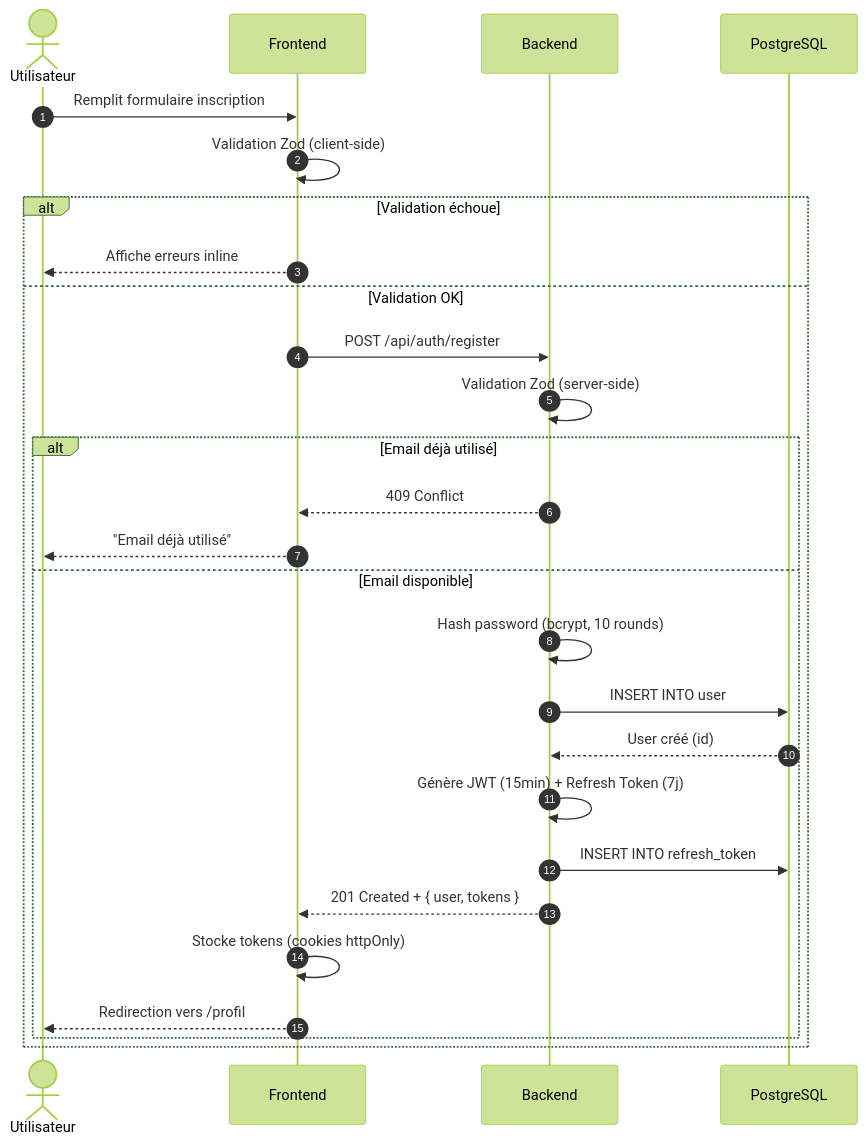
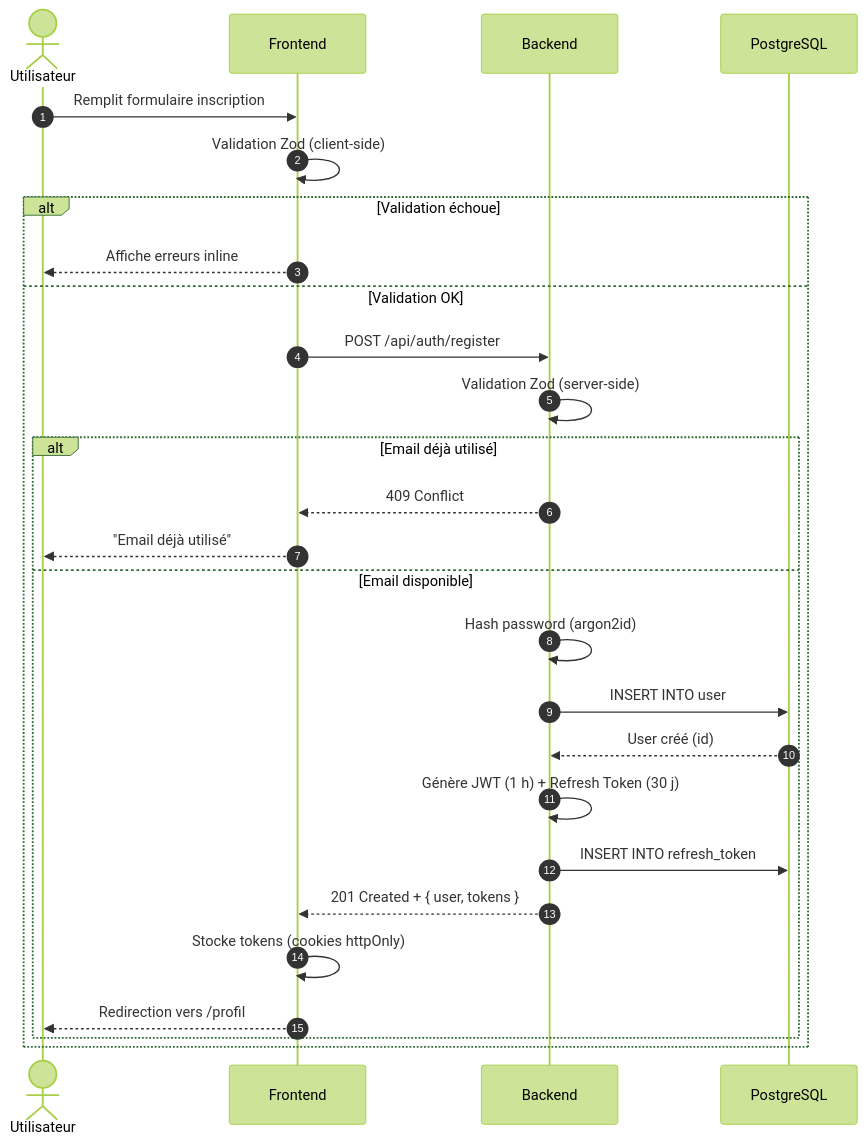
Before and after one commit to Sojeremy/documentation-skillswap: the first of 4 diagrams in docs/documentation-implementation/arc42/06-runtime/authentication.md, drawn with Mermaid (forest theme). The commit also changed other lines of this file and 9 other files, not shown here.

First line of the commit message:
docs(arc42): chantier 3 — sécurité honnête (argon2, JWT 1h/30j, OWASP)

````diff
--- a/docs/documentation-implementation/arc42/06-runtime/authentication.md
+++ b/docs/documentation-implementation/arc42/06-runtime/authentication.md
@@ -5,30 +5,30 @@
 ```mermaid
 sequenceDiagram
     autonumber
     actor U as Utilisateur
     participant F as Frontend
     participant B as Backend
     participant DB as PostgreSQL
 
     U->>F: Remplit formulaire inscription
     F->>F: Validation Zod (client-side)
     alt Validation échoue
         F-->>U: Affiche erreurs inline
     else Validation OK
         F->>B: POST /api/auth/register
         B->>B: Validation Zod (server-side)
         alt Email déjà utilisé
             B-->>F: 409 Conflict
             F-->>U: "Email déjà utilisé"
         else Email disponible
-            B->>B: Hash password (bcrypt, 10 rounds)
+            B->>B: Hash password (argon2id)
             B->>DB: INSERT INTO user
             DB-->>B: User créé (id)
-            B->>B: Génère JWT (15min) + Refresh Token (7j)
+            B->>B: Génère JWT (1 h) + Refresh Token (30 j)
             B->>DB: INSERT INTO refresh_token
             B-->>F: 201 Created + { user, tokens }
             F->>F: Stocke tokens (cookies httpOnly)
             F-->>U: Redirection vers /profil
         end
     end
 ```
````
